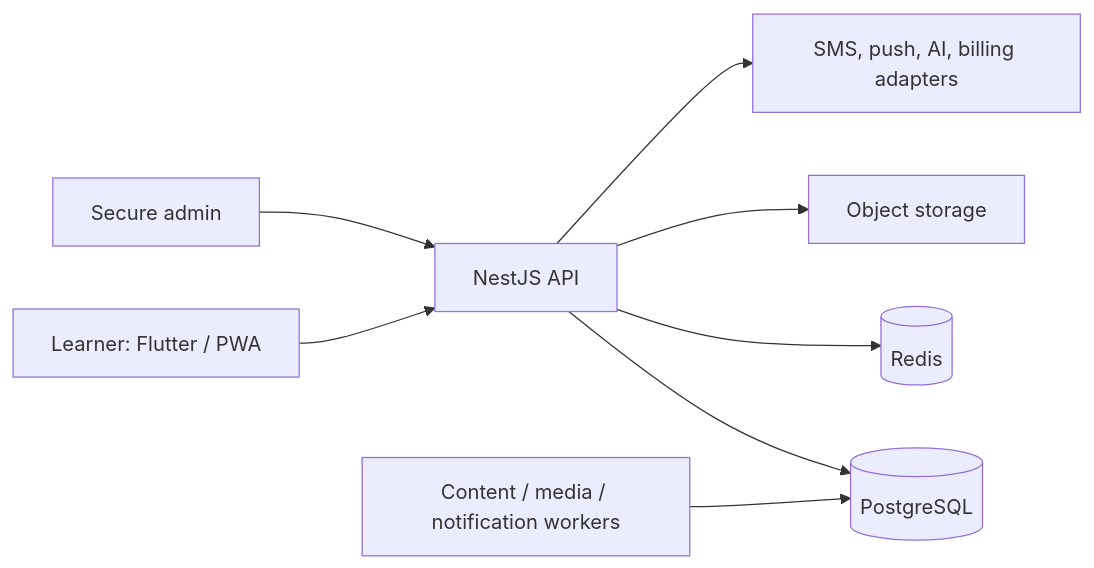
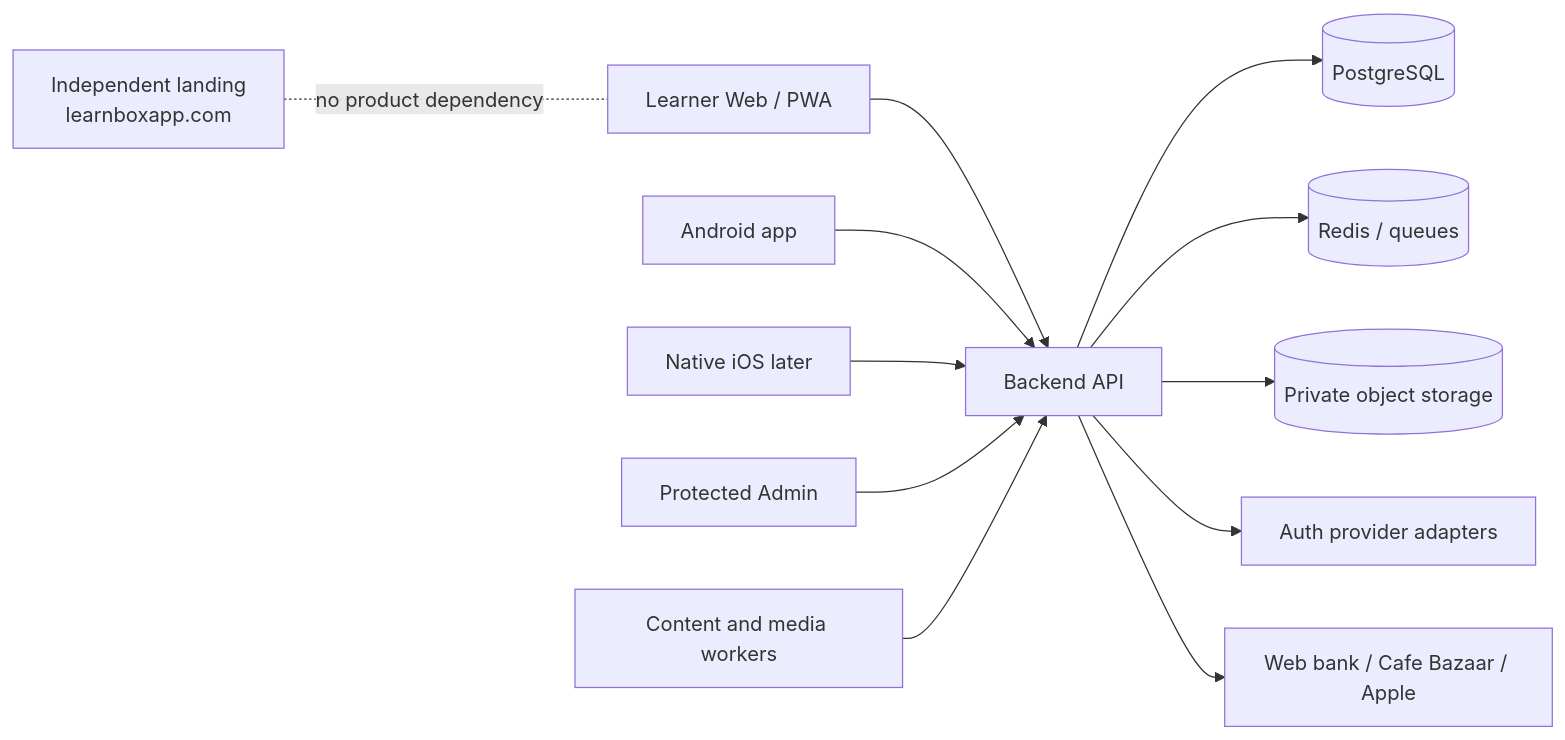
The diagram in docs/architecture/SYSTEM_CONTEXT.md (bahramghorbani/learnbox), drawn with Mermaid before and after one commit. The commit also changed other lines of this file and 23 other files, not shown here.

````diff
--- a/docs/architecture/SYSTEM_CONTEXT.md
+++ b/docs/architecture/SYSTEM_CONTEXT.md
@@ -3,10 +3,15 @@
 ```mermaid
 flowchart LR
-  Learner["Learner: Flutter / PWA"] --> API["NestJS API"]
-  Admin["Secure admin"] --> API
+  Landing["Independent landing\nlearnboxapp.com"]
+  Web["Learner Web / PWA"] --> API["Backend API"]
+  Android["Android app"] --> API
+  IOS["Native iOS later"] --> API
+  Admin["Protected Admin"] --> API
   API --> PG[(PostgreSQL)]
-  API --> Redis[(Redis)]
-  API --> Store["Object storage"]
-  API --> Providers["SMS, push, AI, billing adapters"]
-  Worker["Content / media / notification workers"] --> PG
+  API --> Redis[(Redis / queues)]
+  API --> Media[(Private object storage)]
+  API --> Auth["Auth provider adapters"]
+  API --> Pay["Web bank / Cafe Bazaar / Apple"]
+  AI["Content and media workers"] --> API
+  Landing -. no product dependency .- Web
 ```
````
